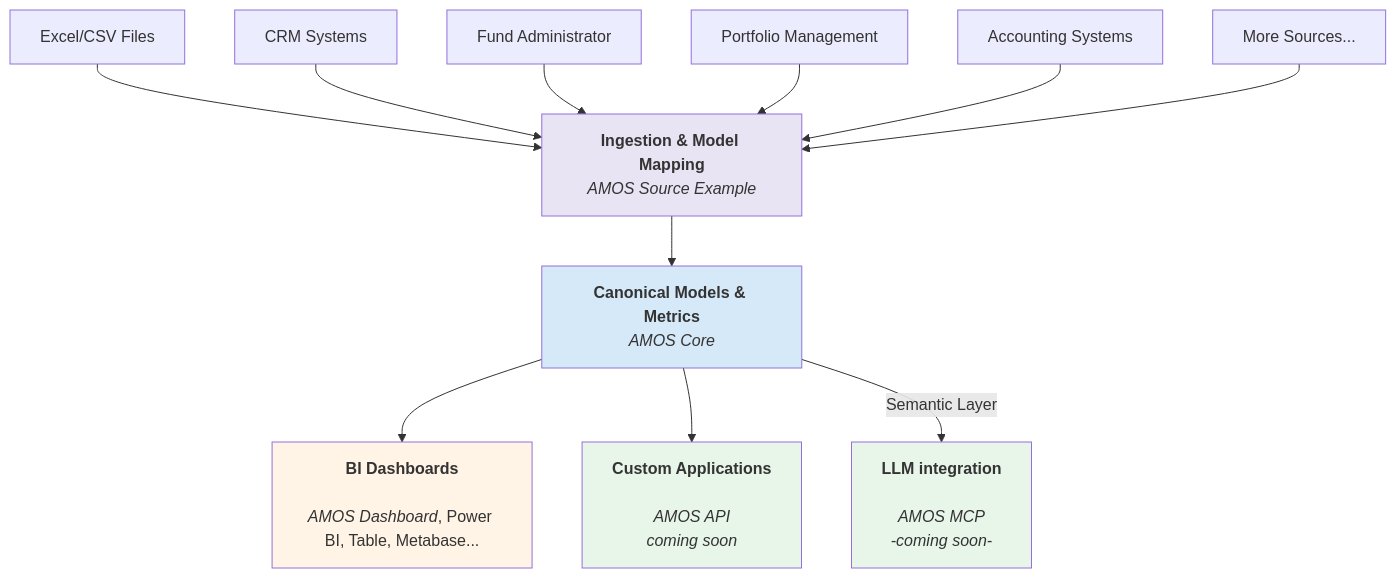
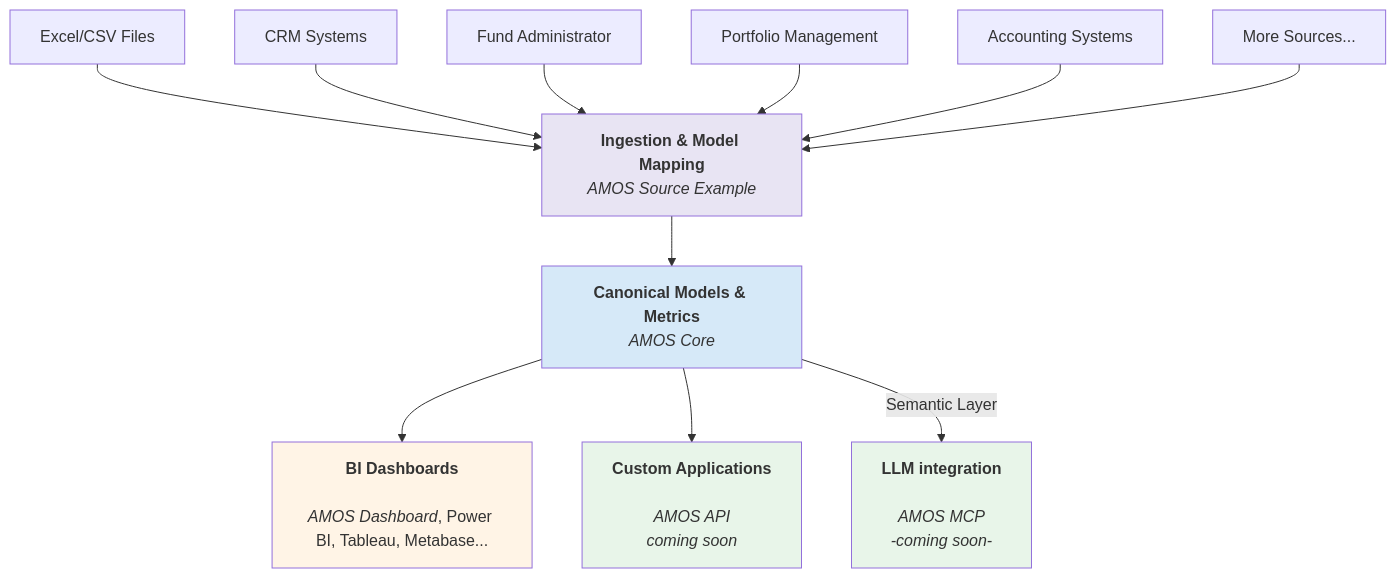
The diagram in profile/README.md (open-amos/.github), drawn with Mermaid before and after one commit. The commit also changed other lines of this file, not shown here.

````diff
--- a/profile/README.md
+++ b/profile/README.md
@@ -22,35 +36,35 @@
 ```mermaid
   graph TD
       S1[Excel/CSV Files]
       S2[CRM Systems]
       S3[Fund Administrator]
       S4[Portfolio Management]
       S5[Accounting Systems]
       S6[More Sources...]
       
       ING[<b>Ingestion & Model Mapping</b><br/><i>AMOS Source Example</i>]
       CORE[<b>Canonical Models & Metrics</b><br/><i>AMOS Core</i>]
       
-      DASH[<b>BI Dashboards</b><br/><br/><i>AMOS Dashboard</i>, Power BI, Table, Metabase...]
+      DASH[<b>BI Dashboards</b><br/><br/><i>AMOS Dashboard</i>, Power BI, Tableau, Metabase...]
       APP[<b>Custom Applications<br/></b><br/><i>AMOS API</i><br/><i>coming soon</i>]
       AI[<b>LLM integration</b><br/><br/><i>AMOS MCP</i><br/><i>-coming soon-</i>]
       
       S1 --> ING
       S2 --> ING
       S3 --> ING
       S4 --> ING
       S5 --> ING
       S6 --> ING
       
       ING --> CORE
       
       CORE --> DASH
       CORE --> APP
       CORE -->|Semantic Layer| AI
       
       style ING fill:#E8E4F3
       style CORE fill:#D6E9F8
       style DASH fill:#FFF4E6
       style APP fill:#E8F5E9
       style AI fill:#E8F5E9
 ```
````
